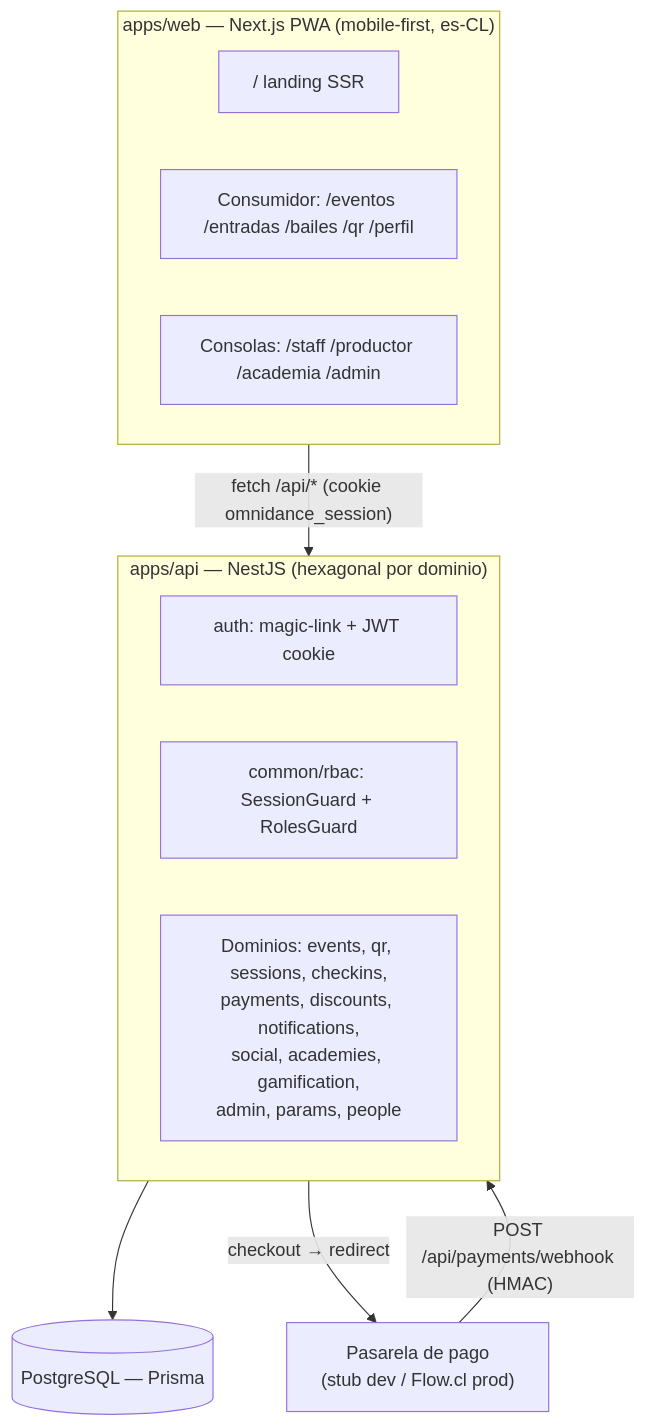
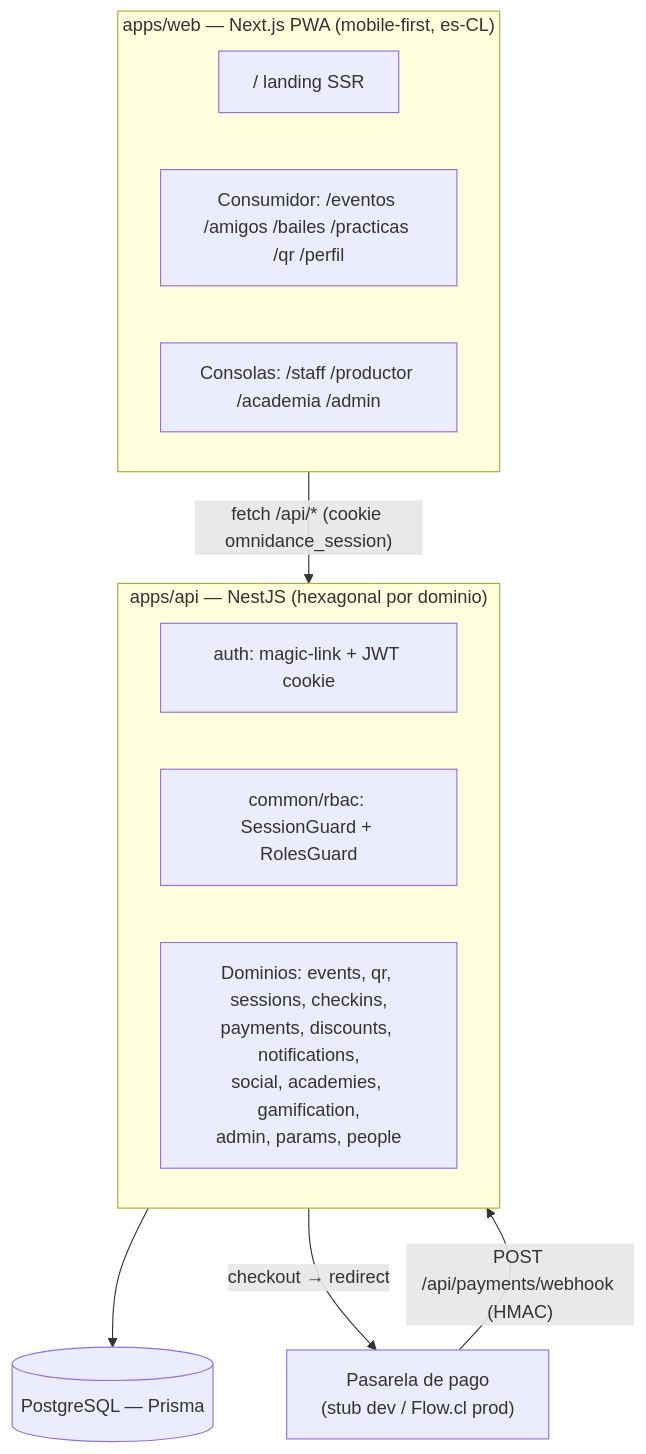
Before and after one commit to EduardoSalasG/omnidance: the first of 3 diagrams in docs/architecture.md, drawn with Mermaid. The commit also changed other lines of this file and 42 other files, not shown here.

First line of the commit message:
Reorganización experiencia bailarín: nav con sheet central +QR, Mis eventos (tickets), amigos con agenda compartida

````diff
--- a/docs/architecture.md
+++ b/docs/architecture.md
@@ -9,22 +9,22 @@
 ```mermaid
 graph TB
     subgraph Client["apps/web — Next.js PWA (mobile-first, es-CL)"]
         Landing["/ landing SSR"]
-        Consumer["Consumidor: /eventos /entradas /bailes /qr /perfil"]
+        Consumer["Consumidor: /eventos /amigos /bailes /practicas /qr /perfil"]
         Ops["Consolas: /staff /productor /academia /admin"]
     end
 
     subgraph API["apps/api — NestJS (hexagonal por dominio)"]
         Auth["auth: magic-link + JWT cookie"]
         RBAC["common/rbac: SessionGuard + RolesGuard"]
         Domains["Dominios: events, qr, sessions, checkins,<br/>payments, discounts, notifications,<br/>social, academies, gamification,<br/>admin, params, people"]
     end
 
     DB[(PostgreSQL — Prisma)]
     Ext["Pasarela de pago<br/>(stub dev / Flow.cl prod)"]
 
     Client -->|"fetch /api/* (cookie omnidance_session)"| API
     API --> DB
     API -->|"checkout → redirect"| Ext
     Ext -->|"POST /api/payments/webhook (HMAC)"| API
 ```
````
